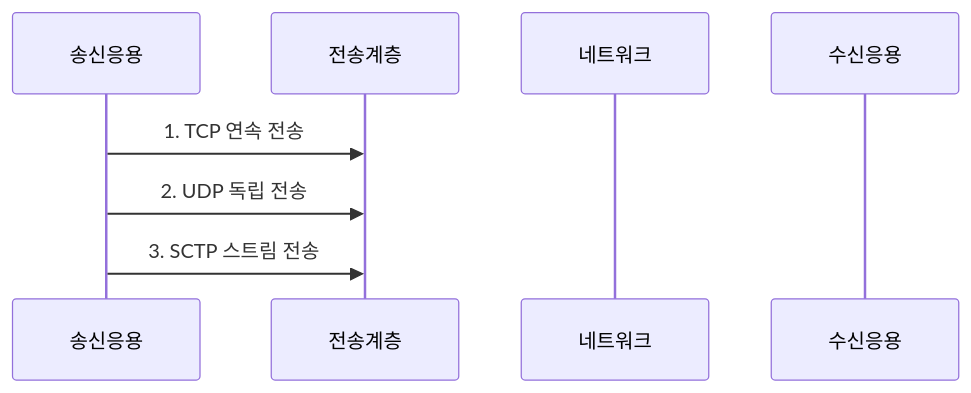
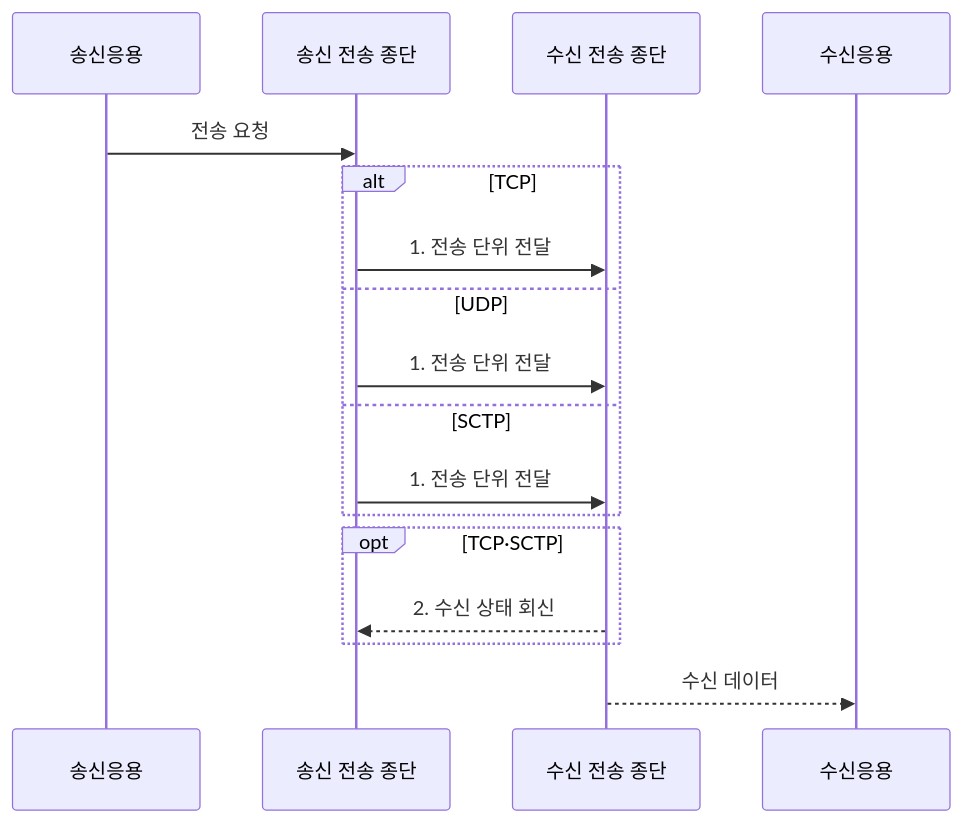
The second of 2 diagrams in src/content/docs/notes/04-network/025_tcp_udp_sctp_comparison.md (agnusdei1207/knowledge-base), drawn with Mermaid before and after one commit. The commit also changed other lines of this file and 20 other files, not shown here.

````diff
--- a/src/content/docs/notes/04-network/025_tcp_udp_sctp_comparison.md
+++ b/src/content/docs/notes/04-network/025_tcp_udp_sctp_comparison.md
@@ -79,10 +84,19 @@
 ```mermaid
 sequenceDiagram
     participant 송신응용
-    participant 전송계층
-    participant 네트워크
+    participant 송신종단 as 송신 전송 종단
+    participant 수신종단 as 수신 전송 종단
     participant 수신응용
-    송신응용->>전송계층: 1. TCP 연속 전송
-    송신응용->>전송계층: 2. UDP 독립 전송
-    송신응용->>전송계층: 3. SCTP 스트림 전송
+    송신응용->>송신종단: 전송 요청
+    alt TCP
+        송신종단->>수신종단: 1. 전송 단위 전달
+    else UDP
+        송신종단->>수신종단: 1. 전송 단위 전달
+    else SCTP
+        송신종단->>수신종단: 1. 전송 단위 전달
+    end
+    opt TCP·SCTP
+        수신종단-->>송신종단: 2. 수신 상태 회신
+    end
+    수신종단-->>수신응용: 수신 데이터
 ```
````
